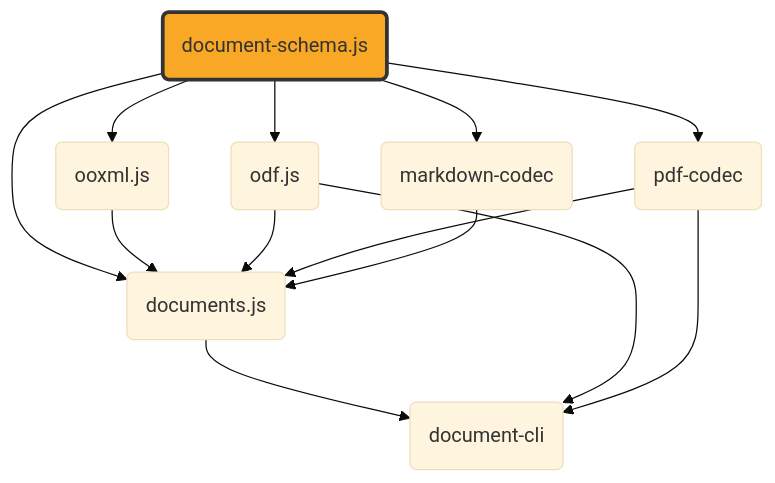
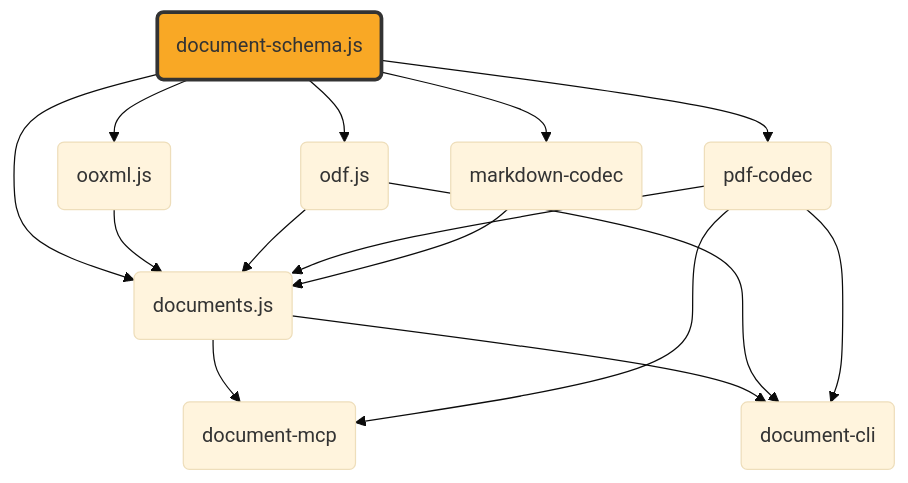
One commit to ExaDev/documents.js changed the diagram in packages/document-schema.js/README.md. Above: the diagram before and after it, drawn with Mermaid (base theme).

Commit message:
docs: add document-mcp and pdfcodec-to-cli edge to family diagram

````diff
--- a/packages/document-schema.js/README.md
+++ b/packages/document-schema.js/README.md
@@ -9,33 +9,37 @@
 ```mermaid
 graph TD
     schema("document-schema.js")
     ooxml("ooxml.js")
     odf("odf.js")
     pdfcodec("pdf-codec")
     mdcodec("markdown-codec")
     documents("documents.js")
+    mcp("document-mcp")
     cli("document-cli")
 
     schema --> ooxml
     schema --> odf
     schema --> pdfcodec
     schema --> mdcodec
     schema --> documents
     ooxml --> documents
     odf --> documents
     pdfcodec --> documents
     mdcodec --> documents
+    documents --> mcp
+    pdfcodec --> mcp
     documents --> cli
     odf --> cli
     pdfcodec --> cli
 
     click schema "https://github.com/ExaDev/document-schema.js" "document-schema.js"
     click ooxml "https://github.com/ExaDev/ooxml.js" "ooxml.js"
     click odf "https://github.com/ExaDev/odf.js" "odf.js"
     click pdfcodec "https://github.com/ExaDev/pdf-codec" "pdf-codec"
     click mdcodec "https://github.com/ExaDev/markdown-codec" "markdown-codec"
     click documents "https://github.com/ExaDev/documents.js" "documents.js"
+    click mcp "https://github.com/ExaDev/document-mcp" "document-mcp"
     click cli "https://github.com/ExaDev/document-cli" "document-cli"
 
     style schema fill:#f9a825,stroke:#333,stroke-width:3px
 ```
````
